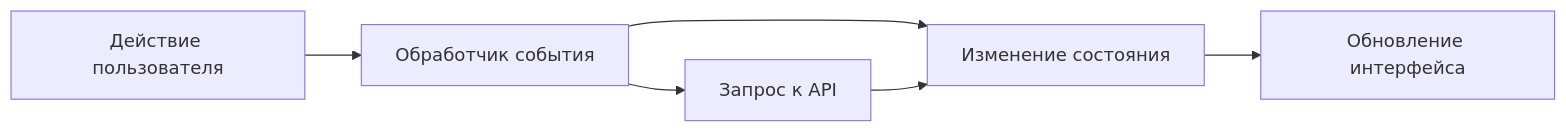
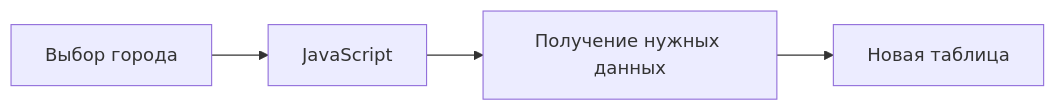
The diagram in 01_Basics/02_JavaScript/01_Theory.md (NBog19/Fullstack-Engineering-Roadmap), drawn with Mermaid before and after one commit. The commit also changed other lines of this file and 10 other files, not shown here.

````diff
--- a/01_Basics/02_JavaScript/01_Theory.md
+++ b/01_Basics/02_JavaScript/01_Theory.md
@@ -29,8 +27,6 @@
-```mermaid
+~~~mermaid
 flowchart LR
-    A[Действие пользователя] --> B[Обработчик события]
-    B --> C[Изменение состояния]
-    C --> D[Обновление интерфейса]
-    B --> E[Запрос к API]
-    E --> C
-```
+ A[Выбор города] --> B[JavaScript]
+ B --> C[Получение нужных данных]
+ C --> D[Новая таблица]
+~~~
````
